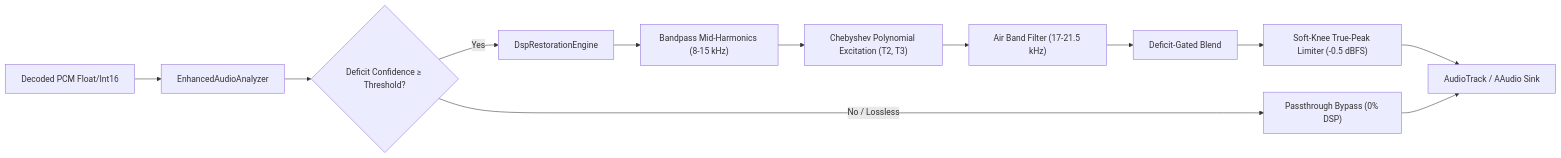
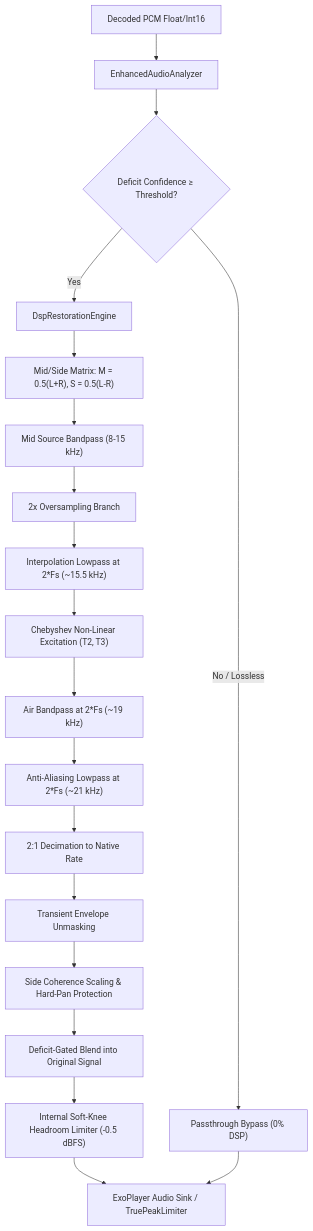
Before and after one commit to LUC4N3X/Levyra-deepsound: the diagram in docs/project/LEVYRA_ENHANCED_AUDIO.md, drawn with Mermaid. The commit also changed other lines of this file and 11 other files, not shown here.

First line of the commit message:
feat(player): harden Enhanced Audio with 2x oversampling, Mid/Side coherence, and watchdog hysteresis

````diff
--- a/docs/project/LEVYRA_ENHANCED_AUDIO.md
+++ b/docs/project/LEVYRA_ENHANCED_AUDIO.md
@@ -36,14 +36,21 @@
 ```mermaid
-flowchart LR
+flowchart TD
     A["Decoded PCM Float/Int16"] --> B["EnhancedAudioAnalyzer"]
     B --> C{"Deficit Confidence &ge; Threshold?"}
     C -- No / Lossless --> D["Passthrough Bypass (0% DSP)"]
     C -- Yes --> E["DspRestorationEngine"]
-    E --> F["Bandpass Mid-Harmonics (8-15 kHz)"]
-    F --> G["Chebyshev Polynomial Excitation (T2, T3)"]
-    G --> H["Air Band Filter (17-21.5 kHz)"]
-    H --> I["Deficit-Gated Blend"]
-    I --> J["Soft-Knee True-Peak Limiter (-0.5 dBFS)"]
-    J --> K["AudioTrack / AAudio Sink"]
-    D --> K
+    E --> F["Mid/Side Matrix: M = 0.5(L+R), S = 0.5(L-R)"]
+    F --> G["Mid Source Bandpass (8-15 kHz)"]
+    G --> H["2x Oversampling Branch"]
+    H --> I["Interpolation Lowpass at 2*Fs (~15.5 kHz)"]
+    I --> J["Chebyshev Non-Linear Excitation (T2, T3)"]
+    J --> K["Air Bandpass at 2*Fs (~19 kHz)"]
+    K --> L["Anti-Aliasing Lowpass at 2*Fs (~21 kHz)"]
+    L --> M["2:1 Decimation to Native Rate"]
+    M --> N["Transient Envelope Unmasking"]
+    N --> O["Side Coherence Scaling & Hard-Pan Protection"]
+    O --> P["Deficit-Gated Blend into Original Signal"]
+    P --> Q["Internal Soft-Knee Headroom Limiter (-0.5 dBFS)"]
+    Q --> R["ExoPlayer Audio Sink / TruePeakLimiter"]
+    D --> R
 ```
````
